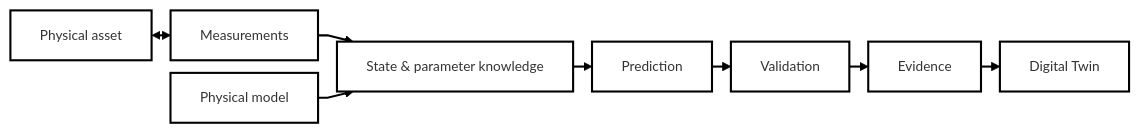
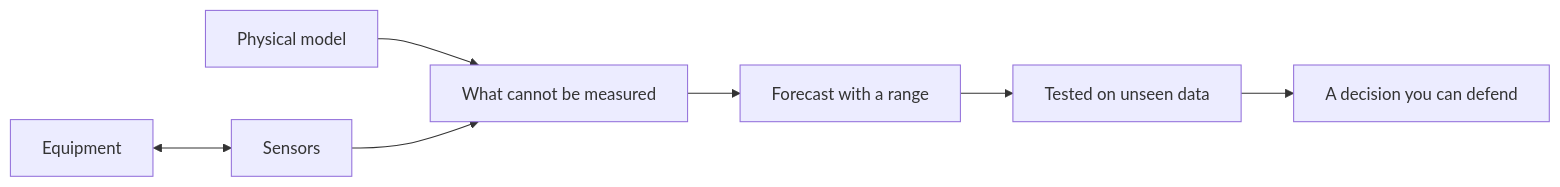
Before and after one commit to otwin-core/.github: the diagram in profile/README.md, drawn with Mermaid. The commit also changed other lines of this file and 7 other files, not shown here.

````diff
--- a/profile/README.md
+++ b/profile/README.md
@@ -106,26 +49,9 @@
 ```mermaid
----
-config:
-  layout: fixed
-  theme: neo
-  fontFamily: '''Open Sans Variable'', sans-serif'
-  themeVariables:
-    fontFamily: '''Open Sans Variable'', sans-serif'
----
-%%{init: {"flowchart": {"nodeSpacing": 12, "rankSpacing": 18, "padding": 14, "curve": "linear"}, "themeVariables": {"fontSize": "13px"}}}%%
-
 flowchart LR
-    A["Physical asset"]
-    B["Measurements"]
-    C["Physical model"]
-
-    A <--> B
-    B --> D["State & parameter knowledge"]
-    C --> D
-
-    D --> E["Prediction"]
-    E --> F["Validation"]
-    F --> G["Evidence"]
-
-    G --> H["Digital Twin"]
+    A["Equipment"] <--> B["Sensors"]
+    C["Physical model"] --> D["What cannot be measured"]
+    B --> D
+    D --> E["Forecast with a range"]
+    E --> F["Tested on unseen data"]
+    F --> G["A decision you can defend"]
 ```
````
